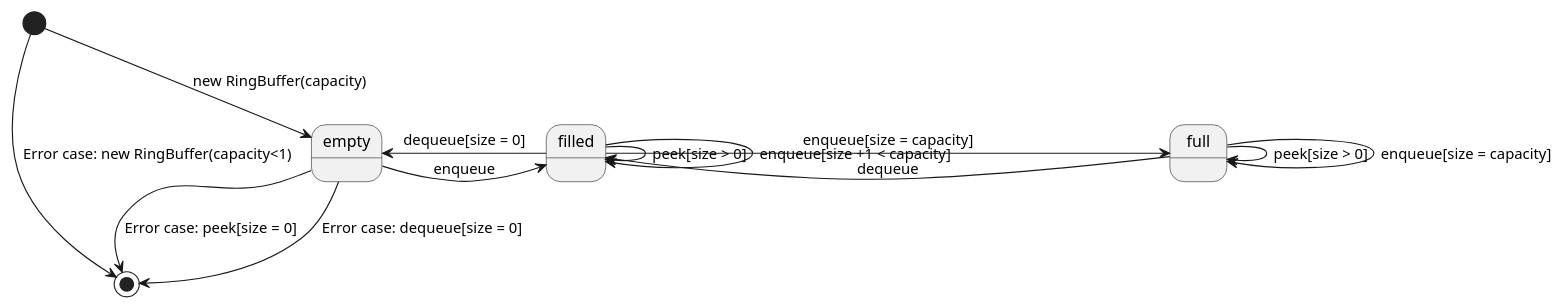
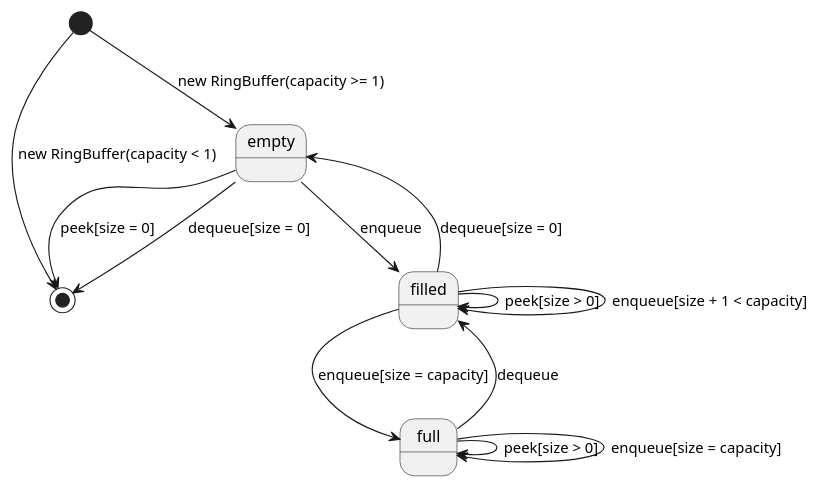
One commit to Software-Testing-2022/homework2-blackbox-testing changed the diagram in exercise1_2/diagram.puml. Above: the diagram before and after it, drawn with PlantUML.

```diff
--- a/exercise1_2/diagram.puml
+++ b/exercise1_2/diagram.puml
@@ -1,17 +1,19 @@
 @startuml
 
-[*] --> empty : new RingBuffer(capacity)
-[*] -> [*] : Error case: new RingBuffer(capacity<1)
-empty --> [*] : Error case: peek[size = 0]
-empty --> [*] : Error case: dequeue[size = 0]
+[*] -> [*] : new RingBuffer(capacity < 1)
+[*] --> empty : new RingBuffer(capacity >= 1)
 
-empty -> filled : enqueue
-filled -> filled : peek[size > 0]
-filled -> empty : dequeue[size = 0]
-filled -> filled : enqueue[size +1 < capacity]
+empty --> [*] : peek[size = 0]
+empty --> [*] : dequeue[size = 0]
+empty --> filled : enqueue
 
-filled -> full : enqueue[size = capacity]
-full -> filled : dequeue
-full -> full : peek[size > 0]
-full -> full : enqueue[size = capacity]
+filled --> filled : peek[size > 0]
+filled --> empty : dequeue[size = 0]
+filled --> filled : enqueue[size + 1 < capacity]
+filled --> full : enqueue[size = capacity]
+
+full --> filled : dequeue
+full --> full : peek[size > 0]
+full --> full : enqueue[size = capacity]
+
 @enduml
```
